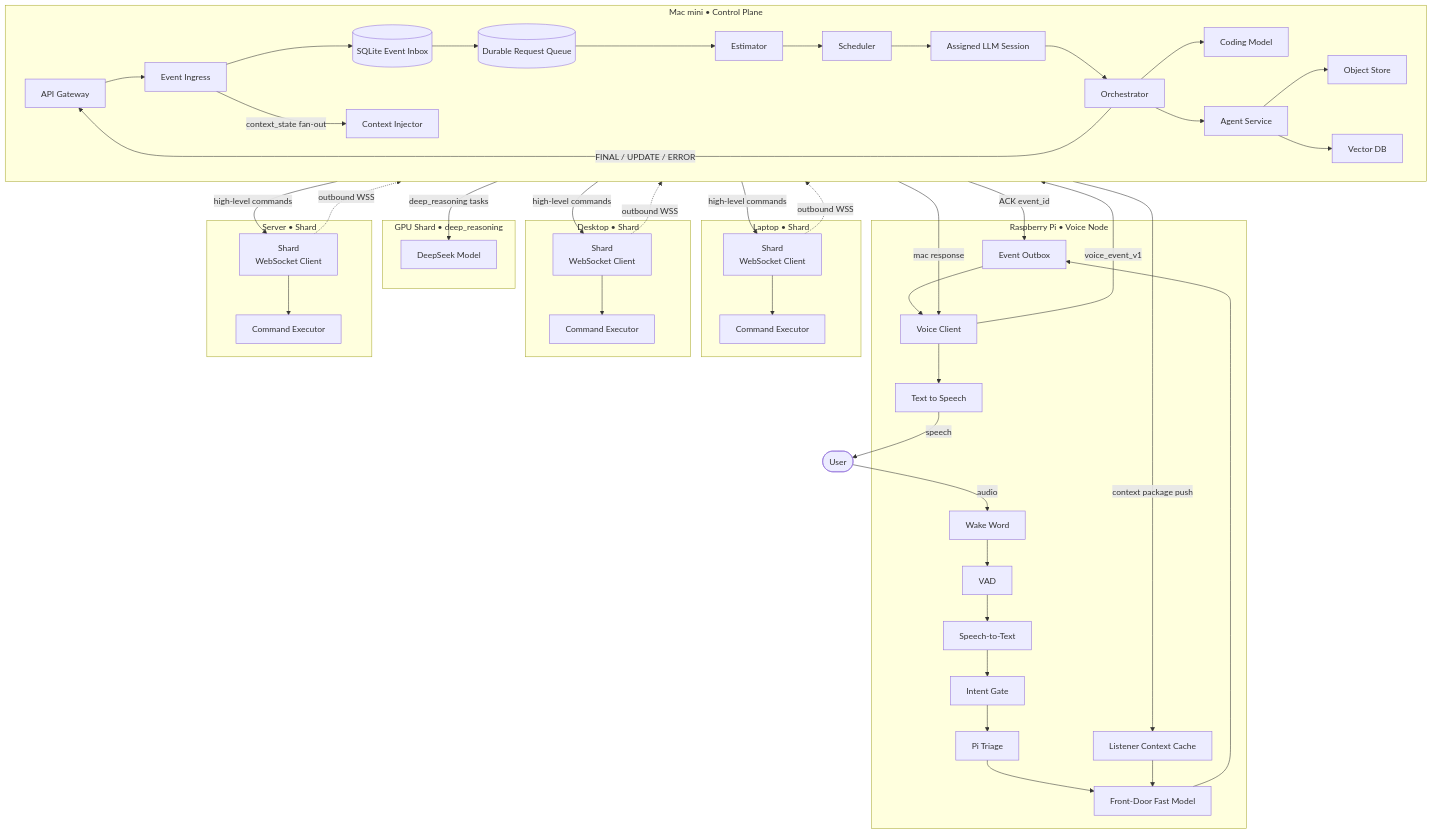
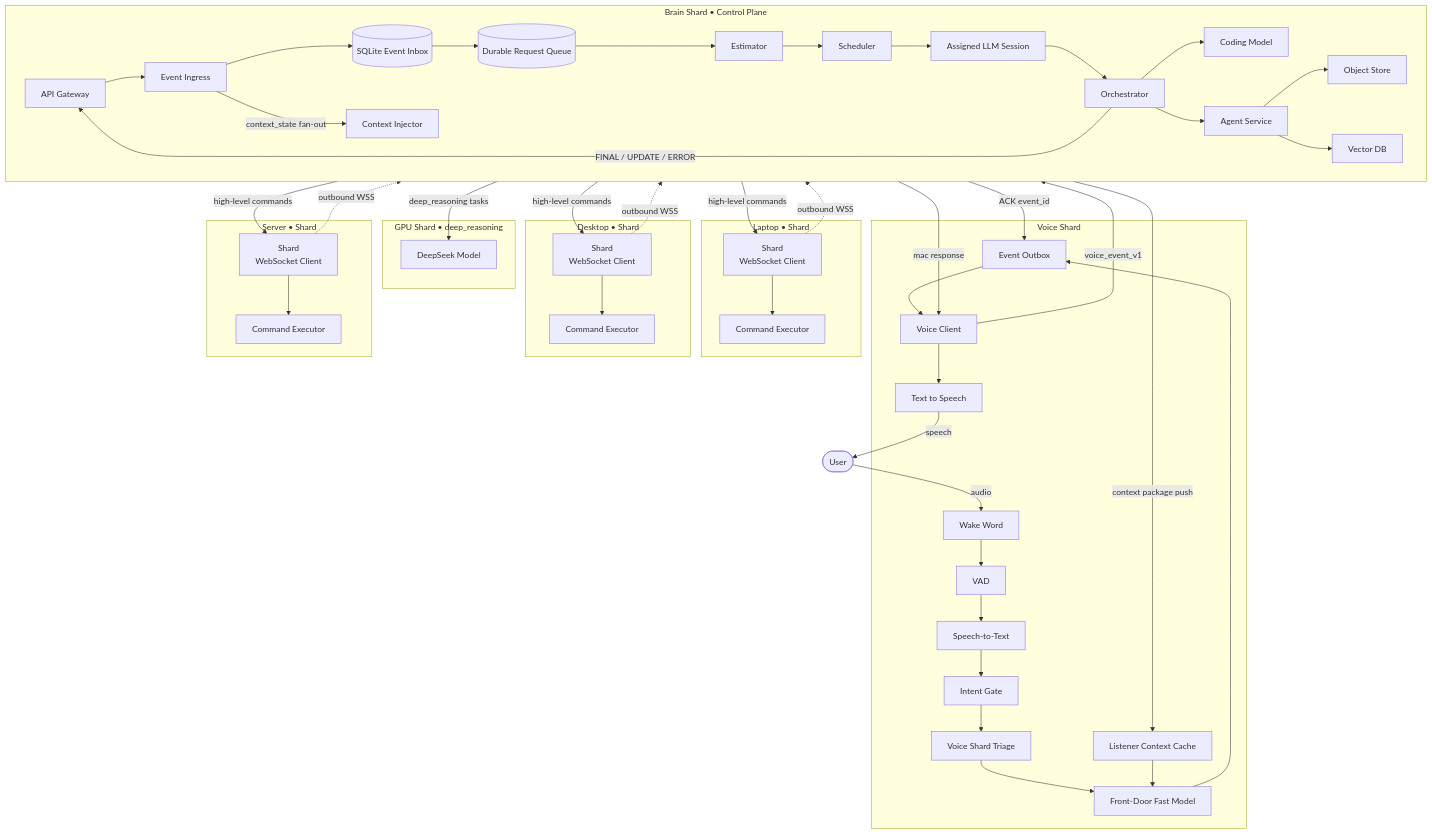
The first of 3 diagrams in docs/arch/v1/scyra.md (m-scanlon/tony-stark-was-able-tobuild-this-in-a-cave), drawn with Mermaid before and after one commit. The commit also changed other lines of this file and 20 other files, not shown here.

```diff
--- a/docs/arch/v1/scyra.md
+++ b/docs/arch/v1/scyra.md
@@ -40,12 +40,12 @@
   USER([User])
 
   %% Voice Node
-  subgraph PI[Raspberry Pi • Voice Node]
+  subgraph PI[Voice Shard]
     WW[Wake Word]
     VAD[VAD]
     STT[Speech-to-Text]
     GATE[Intent Gate]
-    TRIAGE[Pi Triage]
+    TRIAGE[Voice Shard Triage]
     LCACHE[Listener Context Cache]
     FDOOR[Front-Door Fast Model]
     OBOX[Event Outbox]
@@ -57,7 +57,7 @@
   end
 
   %% Control Plane
-  subgraph CTRL[Mac mini • Control Plane]
+  subgraph CTRL[Brain Shard • Control Plane]
     direction LR
     APIGW[API Gateway]
     INGRESS[Event Ingress]
```
